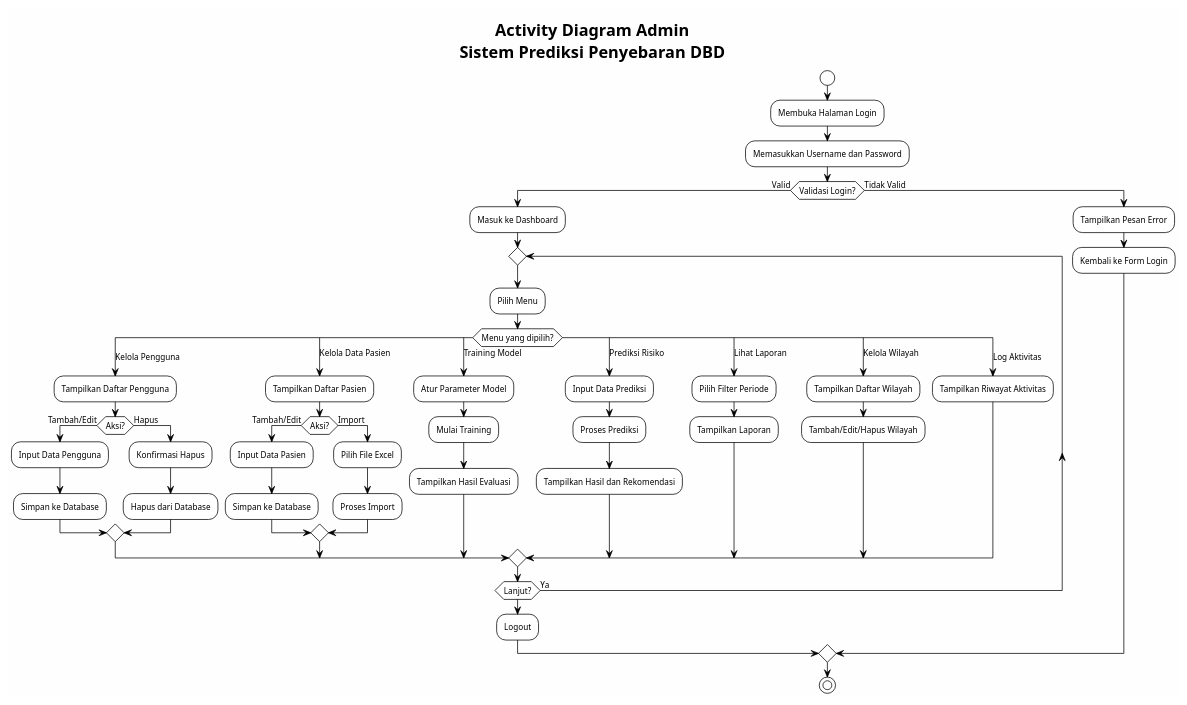
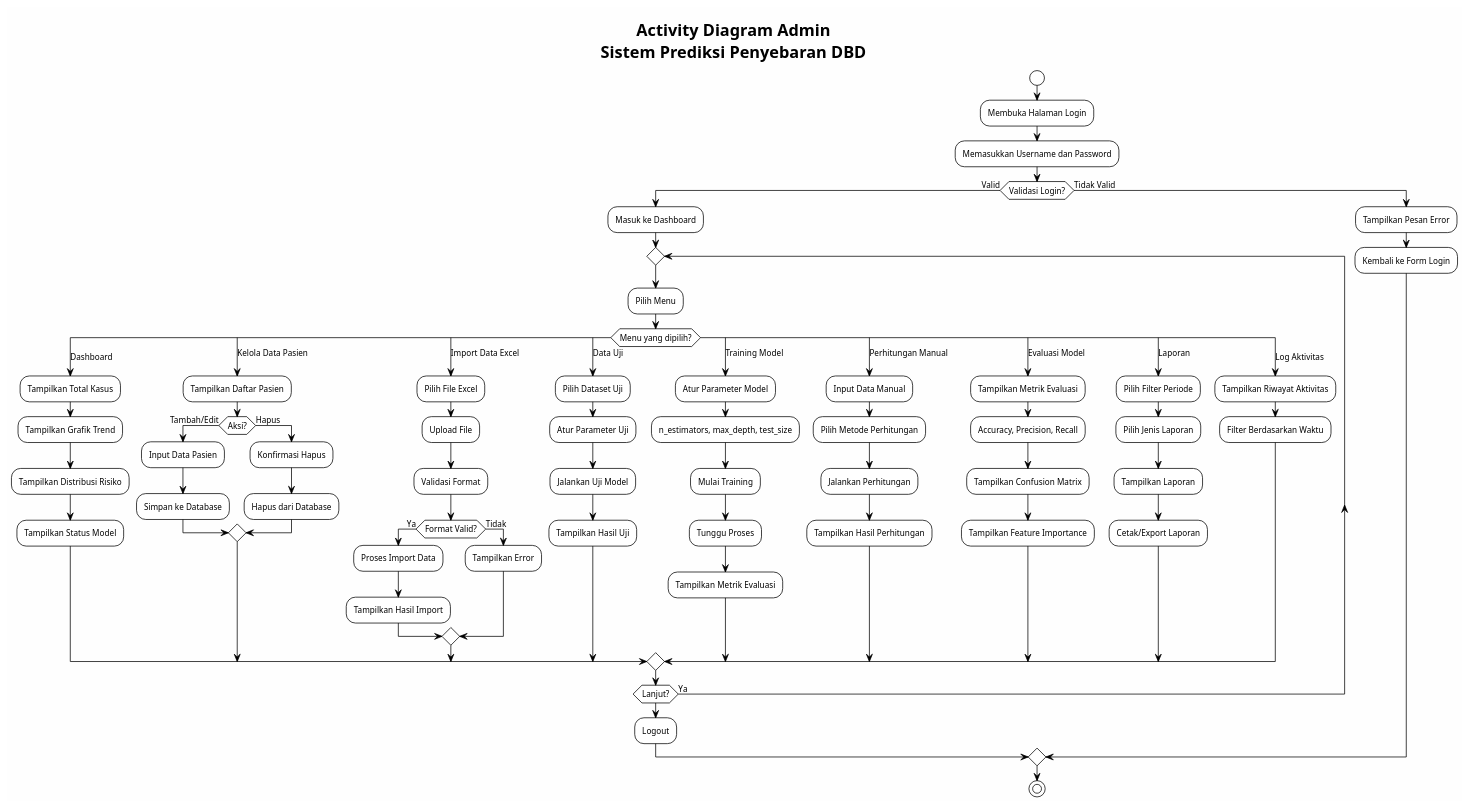
The diagram in Dokumen/UML/activity_diagram_admin.puml (Suwardi87/prediksi-DBD), drawn with PlantUML before and after one commit. The commit also changed 43 other files, not shown here.

```diff
--- a/Dokumen/UML/activity_diagram_admin.puml
+++ b/Dokumen/UML/activity_diagram_admin.puml
@@ -1,75 +1,96 @@
 @startuml activity_diagram_admin
 !theme plain
 skinparam backgroundColor #FEFEFE
 skinparam activityFontSize 11
 
 title Activity Diagram Admin\nSistem Prediksi Penyebaran DBD
 
 start
 
 :Membuka Halaman Login;
 
 :Memasukkan Username dan Password;
 
 if (Validasi Login?) then (Valid)
     :Masuk ke Dashboard;
     
     repeat
         :Pilih Menu;
         
         switch (Menu yang dipilih?)
-        case (Kelola Pengguna)
-            :Tampilkan Daftar Pengguna;
+        case (Dashboard)
+            :Tampilkan Total Kasus;
+            :Tampilkan Grafik Trend;
+            :Tampilkan Distribusi Risiko;
+            :Tampilkan Status Model;
+            
+        case (Kelola Data Pasien)
+            :Tampilkan Daftar Pasien;
             if (Aksi?) then (Tambah/Edit)
-                :Input Data Pengguna;
+                :Input Data Pasien;
                 :Simpan ke Database;
             else (Hapus)
                 :Konfirmasi Hapus;
                 :Hapus dari Database;
             endif
             
-        case (Kelola Data Pasien)
-            :Tampilkan Daftar Pasien;
-            if (Aksi?) then (Tambah/Edit)
-                :Input Data Pasien;
-                :Simpan ke Database;
-            else (Import)
-                :Pilih File Excel;
-                :Proses Import;
+        case (Import Data Excel)
+            :Pilih File Excel;
+            :Upload File;
+            :Validasi Format;
+            if (Format Valid?) then (Ya)
+                :Proses Import Data;
+                :Tampilkan Hasil Import;
+            else (Tidak)
+                :Tampilkan Error;
             endif
+            
+        case (Data Uji)
+            :Pilih Dataset Uji;
+            :Atur Parameter Uji;
+            :Jalankan Uji Model;
+            :Tampilkan Hasil Uji;
             
         case (Training Model)
             :Atur Parameter Model;
+            :n_estimators, max_depth, test_size;
             :Mulai Training;
-            :Tampilkan Hasil Evaluasi;
+            :Tunggu Proses;
+            :Tampilkan Metrik Evaluasi;
             
-        case (Prediksi Risiko)
-            :Input Data Prediksi;
-            :Proses Prediksi;
-            :Tampilkan Hasil dan Rekomendasi;
+        case (Perhitungan Manual)
+            :Input Data Manual;
+            :Pilih Metode Perhitungan;
+            :Jalankan Perhitungan;
+            :Tampilkan Hasil Perhitungan;
             
-        case (Lihat Laporan)
+        case (Evaluasi Model)
+            :Tampilkan Metrik Evaluasi;
+            :Accuracy, Precision, Recall;
+            :Tampilkan Confusion Matrix;
+            :Tampilkan Feature Importance;
+            
+        case (Laporan)
             :Pilih Filter Periode;
+            :Pilih Jenis Laporan;
             :Tampilkan Laporan;
-            
-        case (Kelola Wilayah)
-            :Tampilkan Daftar Wilayah;
-            :Tambah/Edit/Hapus Wilayah;
+            :Cetak/Export Laporan;
             
         case (Log Aktivitas)
             :Tampilkan Riwayat Aktivitas;
+            :Filter Berdasarkan Waktu;
             
         endswitch
         
     repeat while (Lanjut?) is (Ya)
 
     :Logout;
     
 else (Tidak Valid)
     :Tampilkan Pesan Error;
     :Kembali ke Form Login;
 endif
 
 stop
 
 @enduml
```
